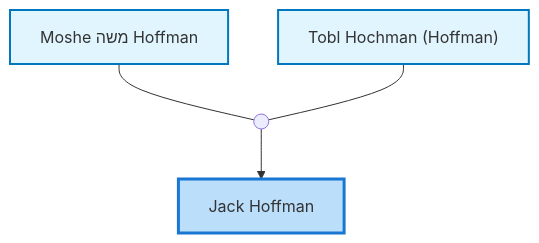
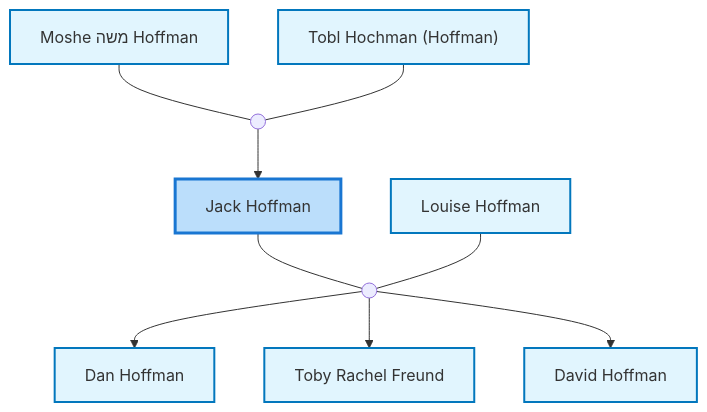
Before and after one commit to moshehoff/FamilyHistory: the first of 3 diagrams in site/content/profiles/Jack Hoffman.md, drawn with Mermaid. The commit also changed other lines of this file and 133 other files, not shown here.

Commit message:
Update Moshe Hoffman ID: I10 -> I11052340 and rename I38516664 biography

````diff
--- a/site/content/profiles/Jack Hoffman.md
+++ b/site/content/profiles/Jack Hoffman.md
@@ -22,19 +22,37 @@
 ```mermaid
 flowchart TD
 classDef person fill:#e1f5fe,stroke:#0277bd,stroke-width:2px;
 classDef internal-link fill:#e1f5fe,stroke:#0277bd,stroke-width:2px;
 classDef current fill:#bbdefb,stroke:#1976d2,stroke-width:3px;
-idI16["Jack Hoffman"]
-class idI16 current
-click idI16 "../profiles/Jack-Hoffman" "Jack Hoffman"
-idI10["Moshe משה Hoffman"]
-class idI10 internal-link
-click idI10 "../profiles/Moshe-%D7%9E%D7%A9%D7%94-Hoffman" "Moshe משה Hoffman"
-idI11["Tobl Hochman (Hoffman)"]
-class idI11 internal-link
-click idI11 "../profiles/Tobl-Hochman-%28Hoffman%29" "Tobl Hochman (Hoffman)"
-marriage_idF3((" "))
-idI10 --- marriage_idF3
-idI11 --- marriage_idF3
-marriage_idF3 --> idI16
+idI38736559["Jack Hoffman"]
+class idI38736559 current
+click idI38736559 "../profiles/Jack-Hoffman" "Jack Hoffman"
+idI11052340["Moshe משה Hoffman"]
+class idI11052340 internal-link
+click idI11052340 "../profiles/Moshe-%D7%9E%D7%A9%D7%94-Hoffman" "Moshe משה Hoffman"
+idI38735986["Tobl Hochman (Hoffman)"]
+class idI38735986 internal-link
+click idI38735986 "../profiles/Tobl-Hochman-%28Hoffman%29" "Tobl Hochman (Hoffman)"
+marriage_idF3776794((" "))
+idI11052340 --- marriage_idF3776794
+idI38735986 --- marriage_idF3776794
+marriage_idF3776794 --> idI38736559
+idI38739935["Louise Hoffman"]
+class idI38739935 internal-link
+click idI38739935 "../profiles/Louise-Hoffman" "Louise Hoffman"
+marriage_idF13236990((" "))
+idI38736559 --- marriage_idF13236990
+idI38739935 --- marriage_idF13236990
+idI38739984["Dan Hoffman"]
+class idI38739984 internal-link
+click idI38739984 "../profiles/Dan-Hoffman" "Dan Hoffman"
+marriage_idF13236990 --> idI38739984
+idI38740076["Toby Rachel Freund"]
+class idI38740076 internal-link
+click idI38740076 "../profiles/Toby-Rachel-Freund" "Toby Rachel Freund"
+marriage_idF13236990 --> idI38740076
+idI34633857222["David Hoffman"]
+class idI34633857222 internal-link
+click idI34633857222 "../profiles/David-Hoffman" "David Hoffman"
+marriage_idF13236990 --> idI34633857222
 ```
````
